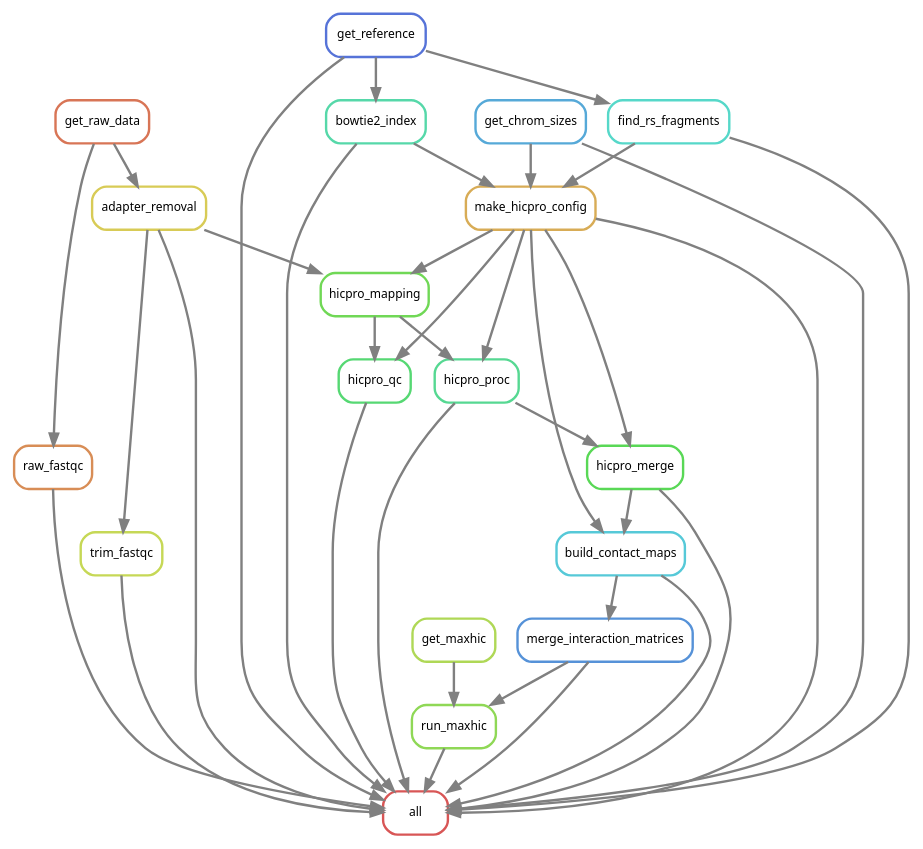
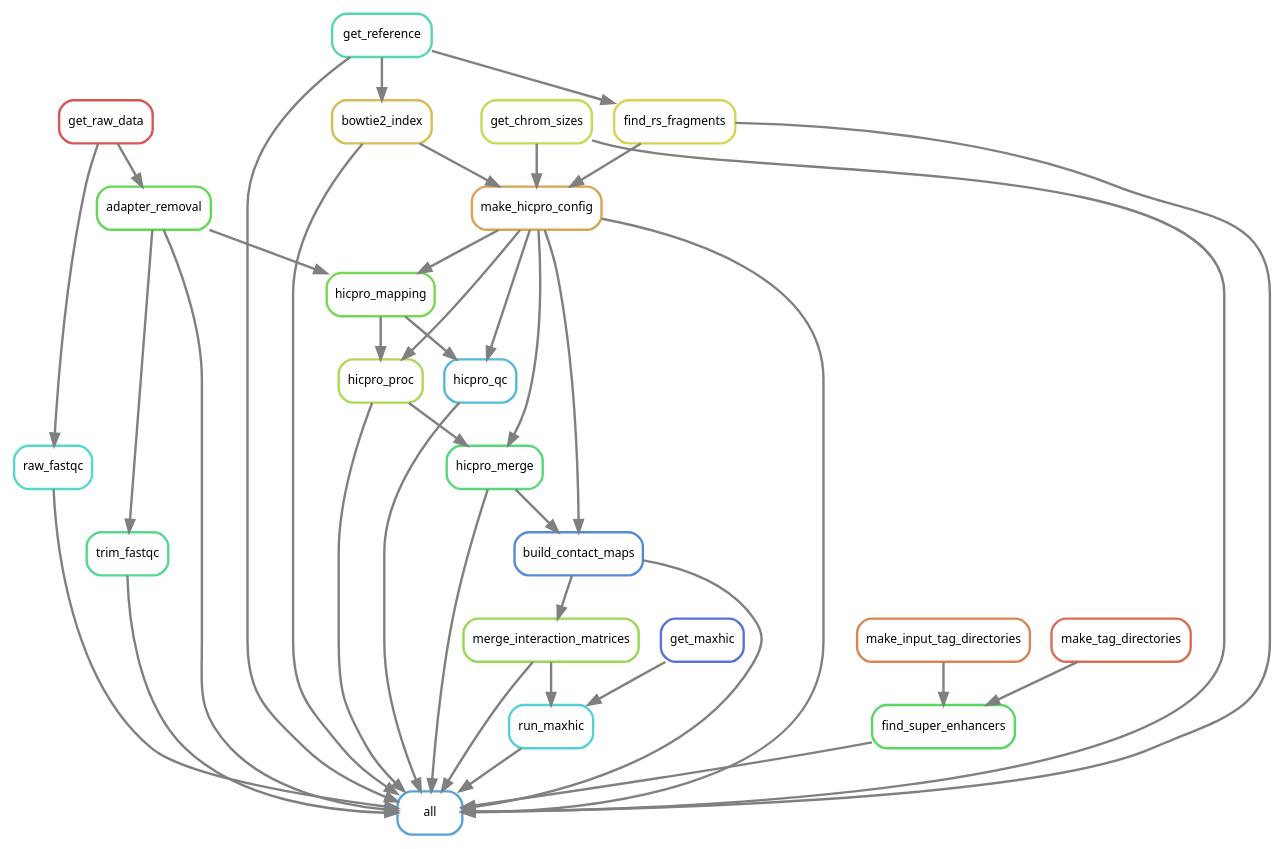
One commit to DRMCRL/ENCODE_T47D_HiC_ENCSR549MGQ changed the diagram in output/rulegraph.dot. Above: the diagram before and after it, drawn with Graphviz. The commit also changed 4 other files, not shown here.

```diff
--- a/output/rulegraph.dot
+++ b/output/rulegraph.dot
@@ -1,58 +1,64 @@
 digraph snakemake_dag {
     graph[bgcolor=white, margin=0];
     node[shape=box, style=rounded, fontname=sans,                 fontsize=10, penwidth=2];
     edge[penwidth=2, color=grey];
-	0[label = "all", color = "0.00 0.6 0.85", style="rounded"];
-	1[label = "trim_fastqc", color = "0.19 0.6 0.85", style="rounded"];
-	2[label = "adapter_removal", color = "0.15 0.6 0.85", style="rounded"];
-	3[label = "run_maxhic", color = "0.26 0.6 0.85", style="rounded"];
-	4[label = "build_contact_maps", color = "0.52 0.6 0.85", style="rounded"];
-	5[label = "hicpro_proc", color = "0.41 0.6 0.85", style="rounded"];
-	6[label = "raw_fastqc", color = "0.07 0.6 0.85", style="rounded"];
-	7[label = "bowtie2_index", color = "0.44 0.6 0.85", style="rounded"];
-	8[label = "find_rs_fragments", color = "0.48 0.6 0.85", style="rounded"];
-	9[label = "get_chrom_sizes", color = "0.56 0.6 0.85", style="rounded"];
-	10[label = "hicpro_merge", color = "0.33 0.6 0.85", style="rounded"];
-	11[label = "merge_interaction_matrices", color = "0.59 0.6 0.85", style="rounded"];
-	12[label = "hicpro_qc", color = "0.37 0.6 0.85", style="rounded"];
-	13[label = "get_reference", color = "0.63 0.6 0.85", style="rounded"];
-	14[label = "make_hicpro_config", color = "0.11 0.6 0.85", style="rounded"];
-	15[label = "get_raw_data", color = "0.04 0.6 0.85", style="rounded"];
-	16[label = "get_maxhic", color = "0.22 0.6 0.85", style="rounded"];
-	17[label = "hicpro_mapping", color = "0.30 0.6 0.85", style="rounded"];
+	0[label = "all", color = "0.57 0.6 0.85", style="rounded"];
+	1[label = "raw_fastqc", color = "0.48 0.6 0.85", style="rounded"];
+	2[label = "build_contact_maps", color = "0.60 0.6 0.85", style="rounded"];
+	3[label = "merge_interaction_matrices", color = "0.25 0.6 0.85", style="rounded"];
+	4[label = "trim_fastqc", color = "0.41 0.6 0.85", style="rounded"];
+	5[label = "run_maxhic", color = "0.51 0.6 0.85", style="rounded"];
+	6[label = "adapter_removal", color = "0.32 0.6 0.85", style="rounded"];
+	7[label = "make_hicpro_config", color = "0.10 0.6 0.85", style="rounded"];
+	8[label = "hicpro_qc", color = "0.54 0.6 0.85", style="rounded"];
+	9[label = "hicpro_merge", color = "0.38 0.6 0.85", style="rounded"];
+	10[label = "bowtie2_index", color = "0.13 0.6 0.85", style="rounded"];
+	11[label = "find_rs_fragments", color = "0.16 0.6 0.85", style="rounded"];
+	12[label = "hicpro_proc", color = "0.22 0.6 0.85", style="rounded"];
+	13[label = "find_super_enhancers", color = "0.35 0.6 0.85", style="rounded"];
+	14[label = "get_reference", color = "0.44 0.6 0.85", style="rounded"];
+	15[label = "get_chrom_sizes", color = "0.19 0.6 0.85", style="rounded"];
+	16[label = "get_raw_data", color = "0.00 0.6 0.85", style="rounded"];
+	17[label = "get_maxhic", color = "0.63 0.6 0.85", style="rounded"];
+	18[label = "hicpro_mapping", color = "0.29 0.6 0.85", style="rounded"];
+	19[label = "make_input_tag_directories", color = "0.06 0.6 0.85", style="rounded"];
+	20[label = "make_tag_directories", color = "0.03 0.6 0.85", style="rounded"];
+	9 -> 0
+	5 -> 0
+	12 -> 0
+	8 -> 0
+	7 -> 0
+	3 -> 0
+	15 -> 0
+	2 -> 0
+	10 -> 0
+	11 -> 0
+	14 -> 0
+	4 -> 0
+	1 -> 0
 	6 -> 0
-	14 -> 0
-	2 -> 0
-	1 -> 0
-	3 -> 0
-	10 -> 0
-	12 -> 0
-	5 -> 0
-	7 -> 0
-	8 -> 0
-	4 -> 0
-	9 -> 0
-	11 -> 0
 	13 -> 0
-	2 -> 1
-	15 -> 2
-	11 -> 3
-	16 -> 3
-	10 -> 4
-	14 -> 4
+	16 -> 1
+	9 -> 2
+	7 -> 2
+	2 -> 3
+	6 -> 4
 	17 -> 5
-	14 -> 5
-	15 -> 6
-	13 -> 7
-	13 -> 8
-	5 -> 10
+	3 -> 5
+	16 -> 6
+	10 -> 7
+	15 -> 7
+	11 -> 7
+	7 -> 8
+	18 -> 8
+	12 -> 9
+	7 -> 9
 	14 -> 10
-	4 -> 11
-	17 -> 12
-	14 -> 12
-	7 -> 14
-	8 -> 14
-	9 -> 14
-	14 -> 17
-	2 -> 17
+	14 -> 11
+	7 -> 12
+	18 -> 12
+	20 -> 13
+	19 -> 13
+	7 -> 18
+	6 -> 18
 }            
```
